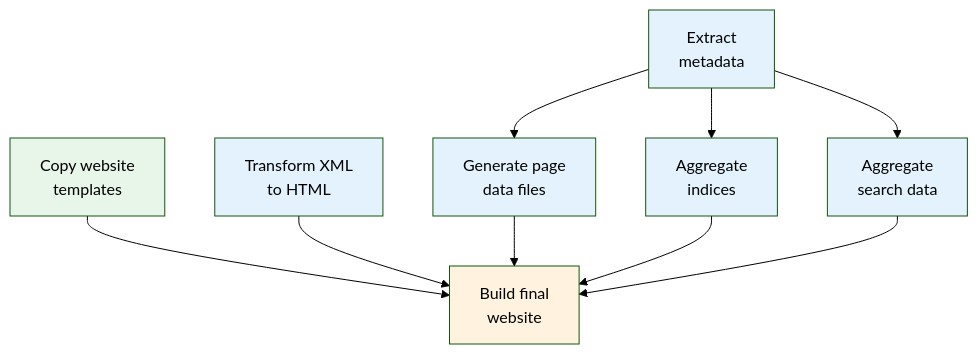
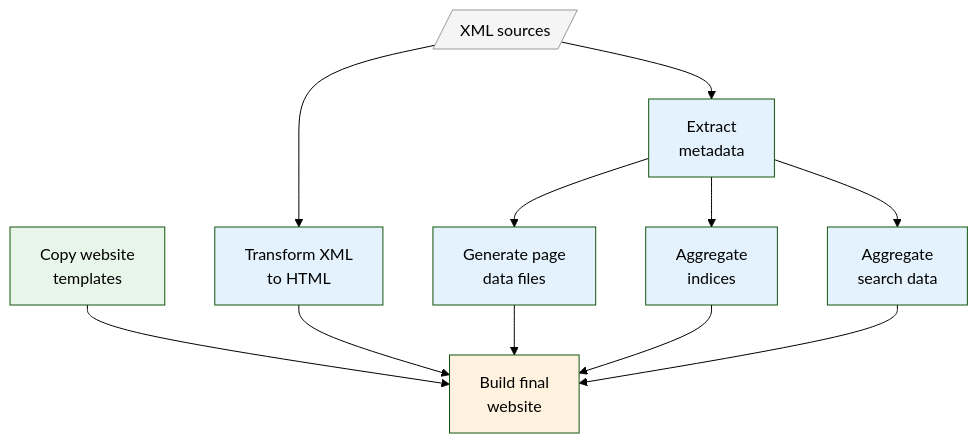
Before and after one commit to olvidalo/efes-ng-prototype: the diagram in docs/tutorial/explore-project.md, drawn with Mermaid (forest theme). The commit also changed other lines of this file and 113 other files, not shown here.

````diff
--- a/docs/tutorial/explore-project.md
+++ b/docs/tutorial/explore-project.md
@@ -11,27 +13,31 @@
 ```mermaid
 flowchart TD
+  src[/"XML sources"/]
   copy["Copy website\ntemplates"]
   transform["Transform XML\nto HTML"]
   extract["Extract\nmetadata"]
   data["Generate page\ndata files"]
   indices["Aggregate\nindices"]
   search["Aggregate\nsearch data"]
   build["Build final\nwebsite"]
 
+  src --> transform
+  src --> extract
   copy --> build
   transform --> build
   extract --> data
   extract --> indices
   extract --> search
   data --> build
   indices --> build
   search --> build
 
+  style src fill:#f5f5f5,stroke:#999
   style copy fill:#e8f5e9
   style transform fill:#e3f2fd
   style extract fill:#e3f2fd
   style data fill:#e3f2fd
   style indices fill:#e3f2fd
   style search fill:#e3f2fd
   style build fill:#fff3e0
 ```
````
